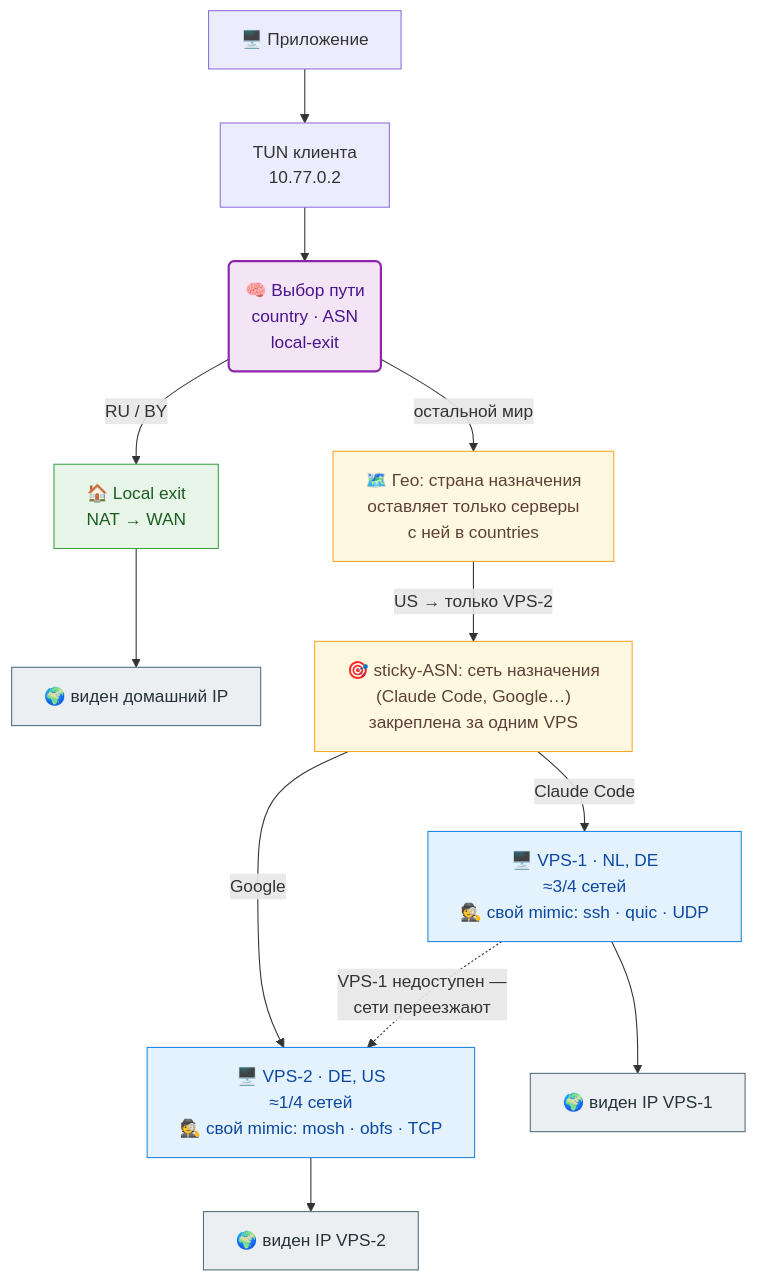
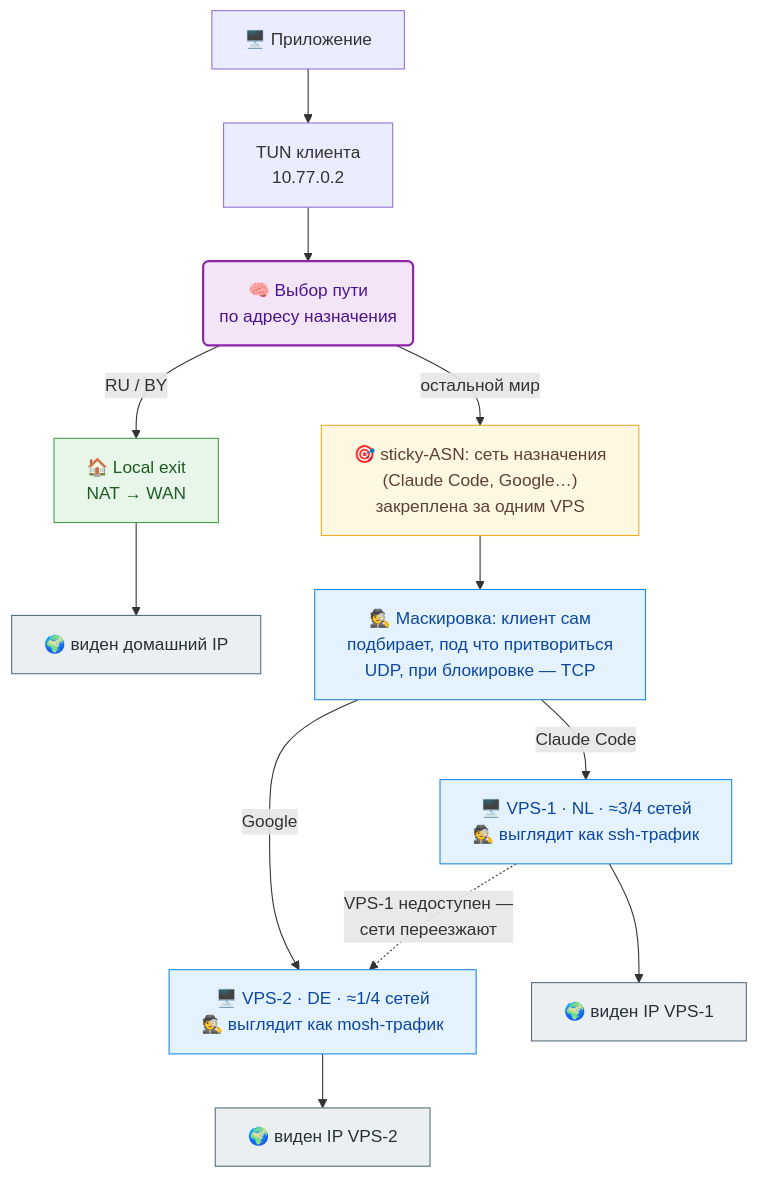
The diagram in README.md (vadv/svpn), drawn with Mermaid before and after one commit. The commit also changed other lines of this file and 1 other file, not shown here.

Commit message:
docs: drop geo from the diagram and describe camouflage as automatic
The picture now shows only the decisions a reader needs: RU/BY local
exit, sticky-ASN for the rest, then automatic camouflage with UDP and
TCP fallback. Per-VPS nodes say what the traffic looks like (ssh or
mosh), which reads as disguise rather than an allowed-protocol list.
Country scoping stays in ADVANCED.

````diff
--- a/README.md
+++ b/README.md
@@ -9,25 +9,25 @@
 ```mermaid
 %%{init: {"flowchart": {"wrappingWidth": 280}}}%%
 flowchart TD
     app["🖥️ Приложение"] --> tun["TUN клиента<br/>10.77.0.2"]
-    tun --> brain("🧠 Выбор пути<br/>country · ASN<br/>local-exit")
+    tun --> brain("🧠 Выбор пути<br/>по адресу назначения")
     brain -->|"RU / BY"| local["🏠 Local exit<br/>NAT → WAN"]
     local --> home["🌍 виден домашний IP"]
-    brain -->|"остальной мир"| geo["🗺️ Гео: страна назначения<br/>оставляет только серверы<br/>с ней в countries"]
-    geo -->|"US → только VPS-2"| asn["🎯 sticky-ASN: сеть назначения<br/>(Claude Code, Google…)<br/>закреплена за одним VPS"]
-    asn -->|"Claude Code"| vps1["🖥️ VPS-1 · NL, DE<br/>≈3/4 сетей<br/>🕵️ свой mimic: ssh · quic · UDP"]
-    asn -->|"Google"| vps2["🖥️ VPS-2 · DE, US<br/>≈1/4 сетей<br/>🕵️ свой mimic: mosh · obfs · TCP"]
+    brain -->|"остальной мир"| asn["🎯 sticky-ASN: сеть назначения<br/>(Claude Code, Google…)<br/>закреплена за одним VPS"]
+    asn --> mimic["🕵️ Маскировка: клиент сам<br/>подбирает, под что притвориться<br/>UDP, при блокировке — TCP"]
+    mimic -->|"Claude Code"| vps1["🖥️ VPS-1 · NL · ≈3/4 сетей<br/>🕵️ выглядит как ssh-трафик"]
+    mimic -->|"Google"| vps2["🖥️ VPS-2 · DE · ≈1/4 сетей<br/>🕵️ выглядит как mosh-трафик"]
     vps1 --> net1["🌍 виден IP VPS-1"]
     vps2 --> net2["🌍 виден IP VPS-2"]
     vps1 -.->|"VPS-1 недоступен —<br/>сети переезжают"| vps2
     classDef brain fill:#f3e5f5,stroke:#8e24aa,stroke-width:2px,color:#4a148c
     classDef local fill:#e8f5e9,stroke:#43a047,color:#1b5e20
     classDef asn fill:#fff8e1,stroke:#f9a825,color:#5d4037
     classDef vpn fill:#e3f2fd,stroke:#1e88e5,color:#0d47a1
     classDef edge fill:#eceff1,stroke:#546e7a,color:#263238
     class brain brain
     class local local
-    class geo,asn asn
-    class vps1,vps2 vpn
+    class asn asn
+    class mimic,vps1,vps2 vpn
     class home,net1,net2 edge
 ```
````
